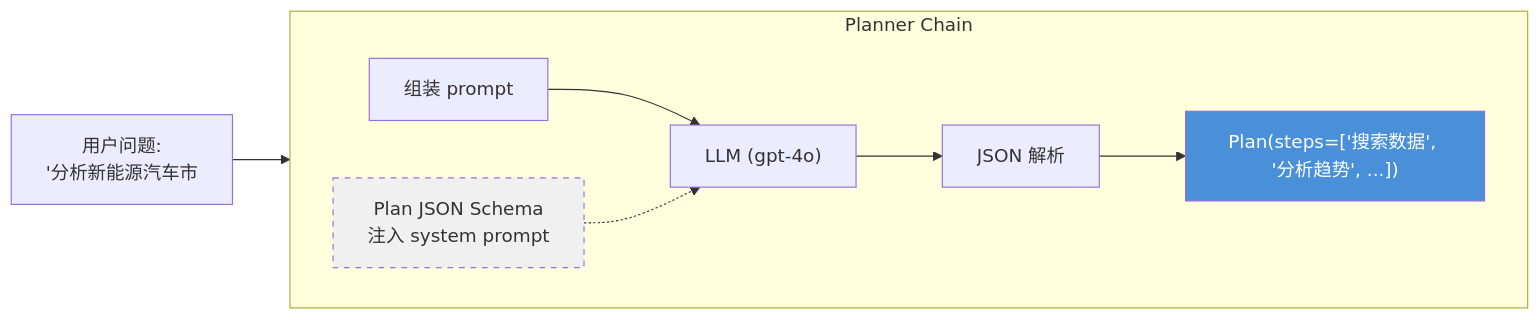
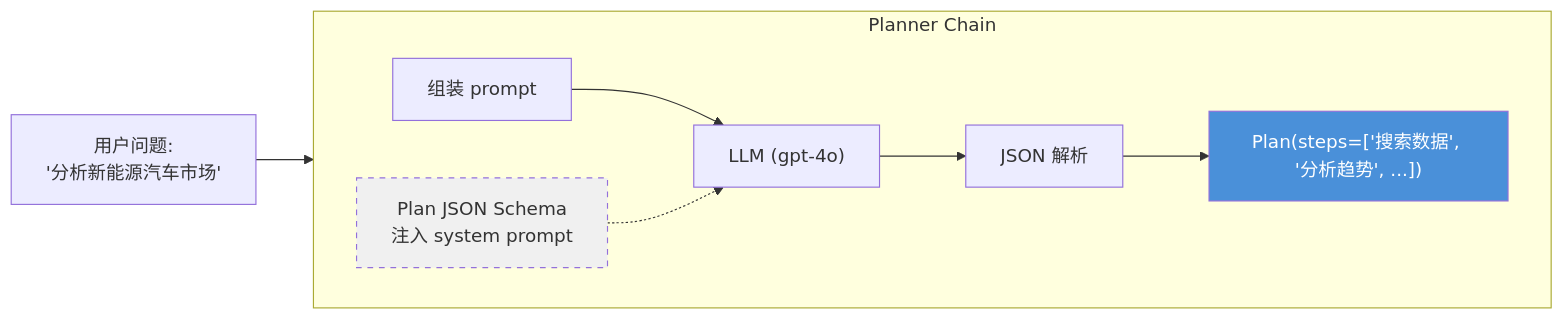
The sixth of 13 diagrams in 02-开发框架与平台/LangGraph/05-计划执行模式.md (shuh-ai/agent-dev-guide), drawn with Mermaid before and after one commit. The commit also changed other lines of this file and 9 other files, not shown here.

Commit message:
fix：细化核心图表及相关描述，提升逻辑清晰度

````diff
--- a/02-开发框架与平台/LangGraph/05-计划执行模式.md
+++ b/02-开发框架与平台/LangGraph/05-计划执行模式.md
@@ -257,17 +257,17 @@
 ```mermaid
 graph LR
-    UserQuery["用户问题:<br/>'分析新能源汽车市"] --> PlannerChain
+    UserQuery["用户问题:<br/>'分析新能源汽车市场'"] --> PlannerChain
 
     subgraph PlannerChain ["Planner Chain"]
         direction LR
         Prompt["组装 prompt"] --> LLM["LLM (gpt-4o)"]
 
         Schema["Plan JSON Schema<br/>注入 system prompt"] -.-> LLM
 
         LLM --> Parse["JSON 解析"]
         Parse --> PlanObj["Plan(steps=['搜索数据', '分析趋势', ...])"]
     end
 
     style Schema fill:#f0f0f0,color:#333,stroke-dasharray: 5 5
     style PlanObj fill:#4A90D9,color:#fff
 ```
````
